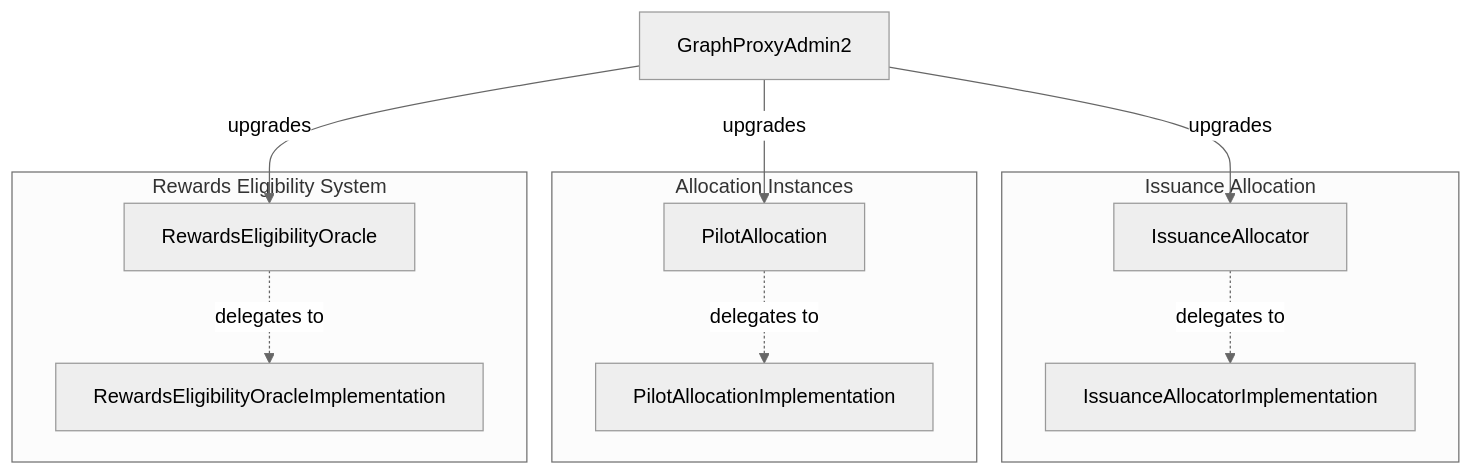
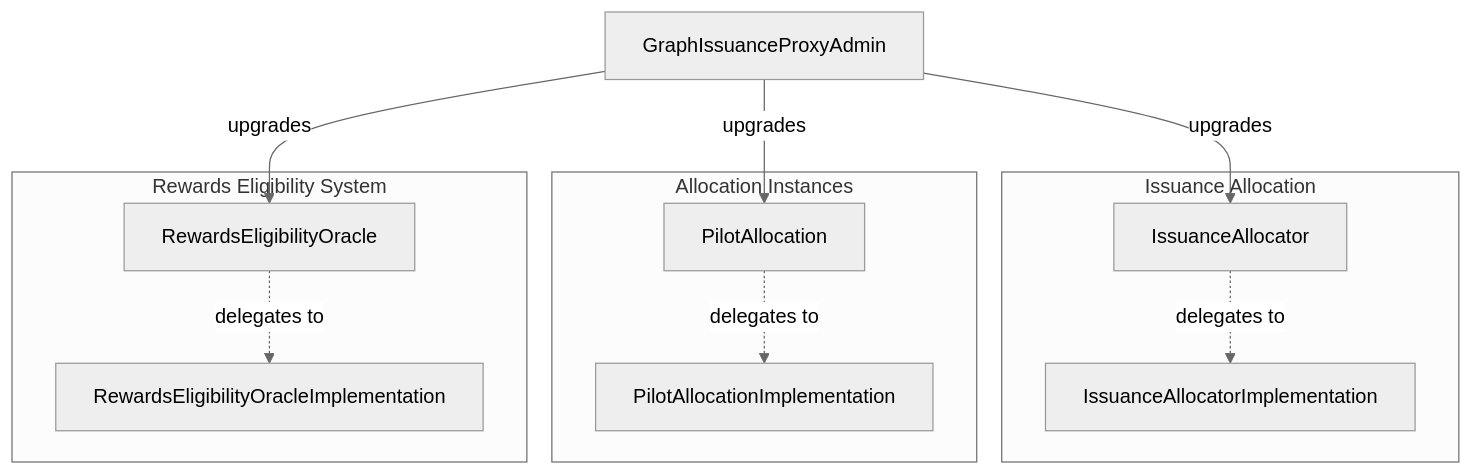
One commit to graphprotocol/contracts changed the third of 10 diagrams in packages/deploy/Design.md. Above: the diagram before and after it, drawn with Mermaid (neutral theme). The commit also changed other lines of this file and 8 other files, not shown here.

First line of the commit message:
refactor(issuance-deploy): replace GraphProxyAdmin2 with GraphIssuanceProxyAdmin

````diff
--- a/packages/deploy/Design.md
+++ b/packages/deploy/Design.md
@@ -306,27 +306,27 @@
 ```mermaid
 graph TB
-    ProxyAdmin2[GraphProxyAdmin2]
+    ProxyAdmin2[GraphIssuanceProxyAdmin]
 
     subgraph "Issuance Allocation"
         IA[IssuanceAllocator]
         IA_Impl[IssuanceAllocatorImplementation]
     end
 
     subgraph "Allocation Instances"
         PA[PilotAllocation]
         PA_Impl[PilotAllocationImplementation]
     end
 
     subgraph "Rewards Eligibility System"
         REO[RewardsEligibilityOracle]
         REO_Impl[RewardsEligibilityOracleImplementation]
     end
 
     ProxyAdmin2 -->|upgrades| IA
     ProxyAdmin2 -->|upgrades| PA
     ProxyAdmin2 -->|upgrades| REO
 
     IA -.->|delegates to| IA_Impl
     PA -.->|delegates to| PA_Impl
     REO -.->|delegates to| REO_Impl
 ```
````
